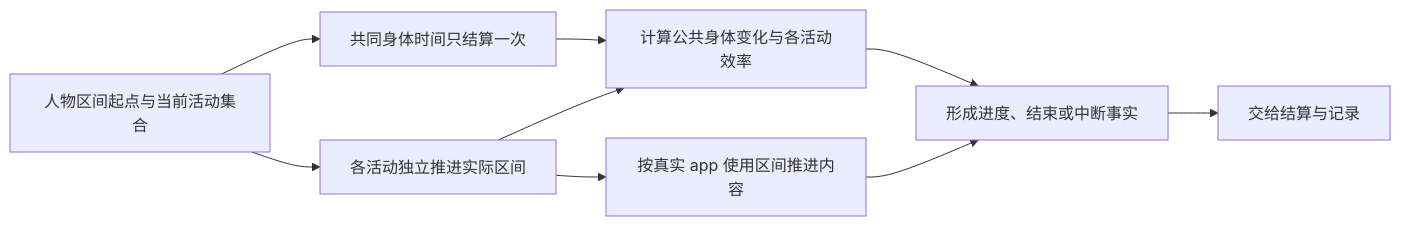
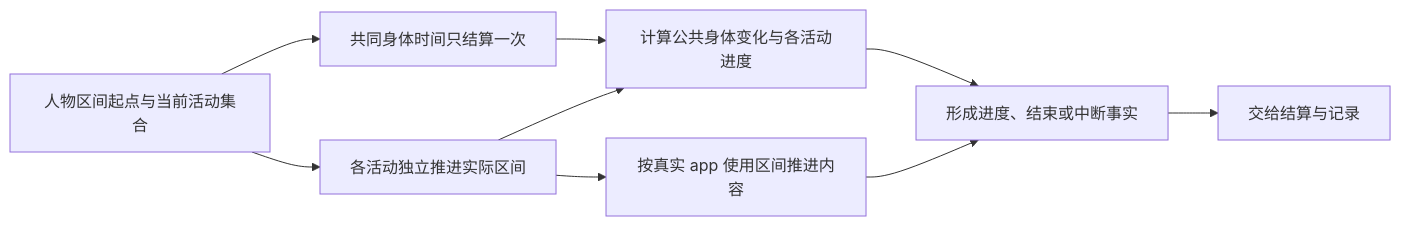
The seventh of 11 diagrams in docs/design/04-simulation-engine.md (HoldThatThgt/WorldMock), drawn with Mermaid before and after one commit. The commit also changed other lines of this file and 236 other files, not shown here.

````diff
--- a/docs/design/04-simulation-engine.md
+++ b/docs/design/04-simulation-engine.md
@@ -690,11 +649,11 @@
 ```mermaid
 flowchart LR
     I[人物区间起点与当前活动集合] --> B[共同身体时间只结算一次]
     I --> A[各活动独立推进实际区间]
-    B --> P[计算公共身体变化与各活动效率]
+    B --> P[计算公共身体变化与各活动进度]
     A --> P
     A --> C[按真实 app 使用区间推进内容]
     P --> E[形成进度、结束或中断事实]
     C --> E
     E --> S[交给结算与记录]
 ```
````
